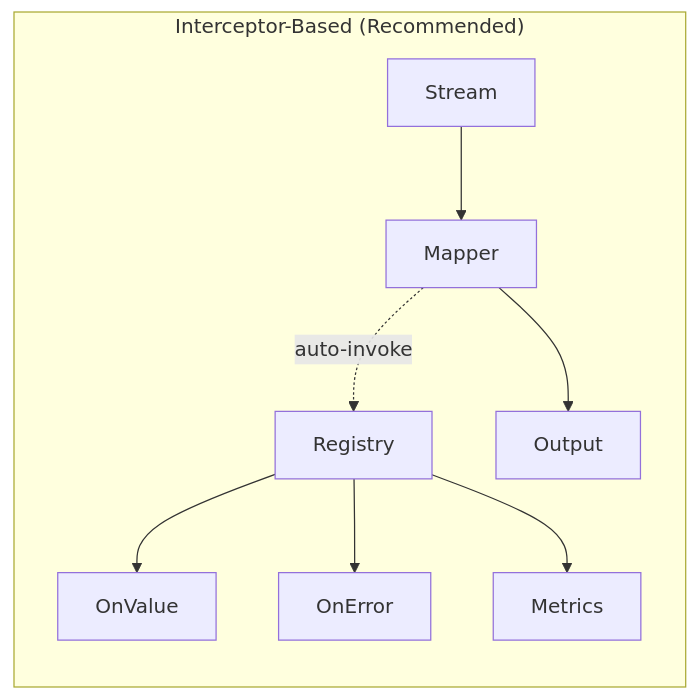
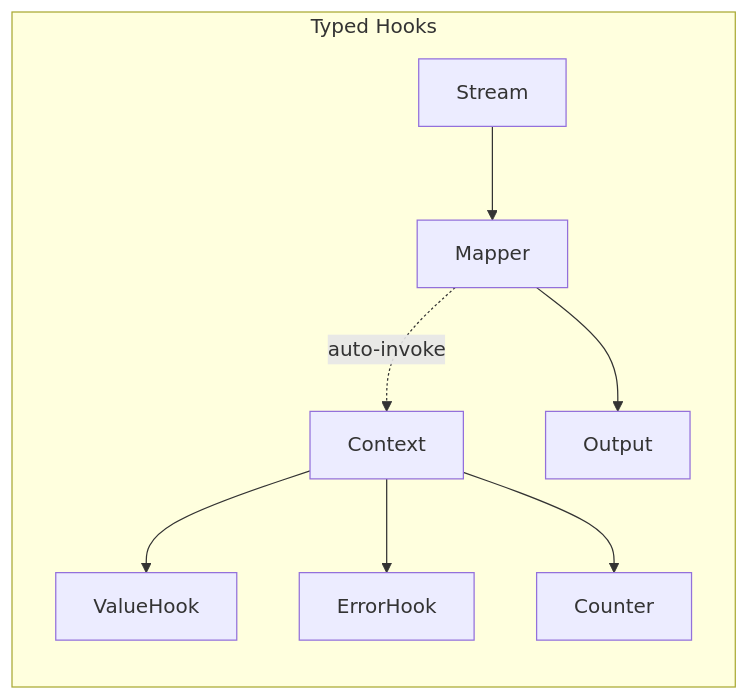
One commit to helzpont/min-flow changed the first of 2 diagrams in flow/observe/README.md. Above: the diagram before and after it, drawn with Mermaid. The commit also changed other lines of this file and 26 other files, not shown here.

First line of the commit message:
feat: Replace interceptor dispatch with typed hooks system (#2)

````diff
--- a/flow/observe/README.md
+++ b/flow/observe/README.md
@@ -18,11 +16,11 @@
 ```mermaid
 graph LR
-    subgraph "Interceptor-Based (Recommended)"
-        Registry[Registry] --> I1[OnValue]
-        Registry --> I2[OnError]
-        Registry --> I3[Metrics]
+    subgraph "Typed Hooks"
+        Context[Context] --> H1[ValueHook]
+        Context --> H2[ErrorHook]
+        Context --> H3[Counter]
         Source[Stream] --> Mapper[Mapper]
-        Mapper -.->|auto-invoke| Registry
+        Mapper -.->|auto-invoke| Context
         Mapper --> Output[Output]
     end
 ```
````
